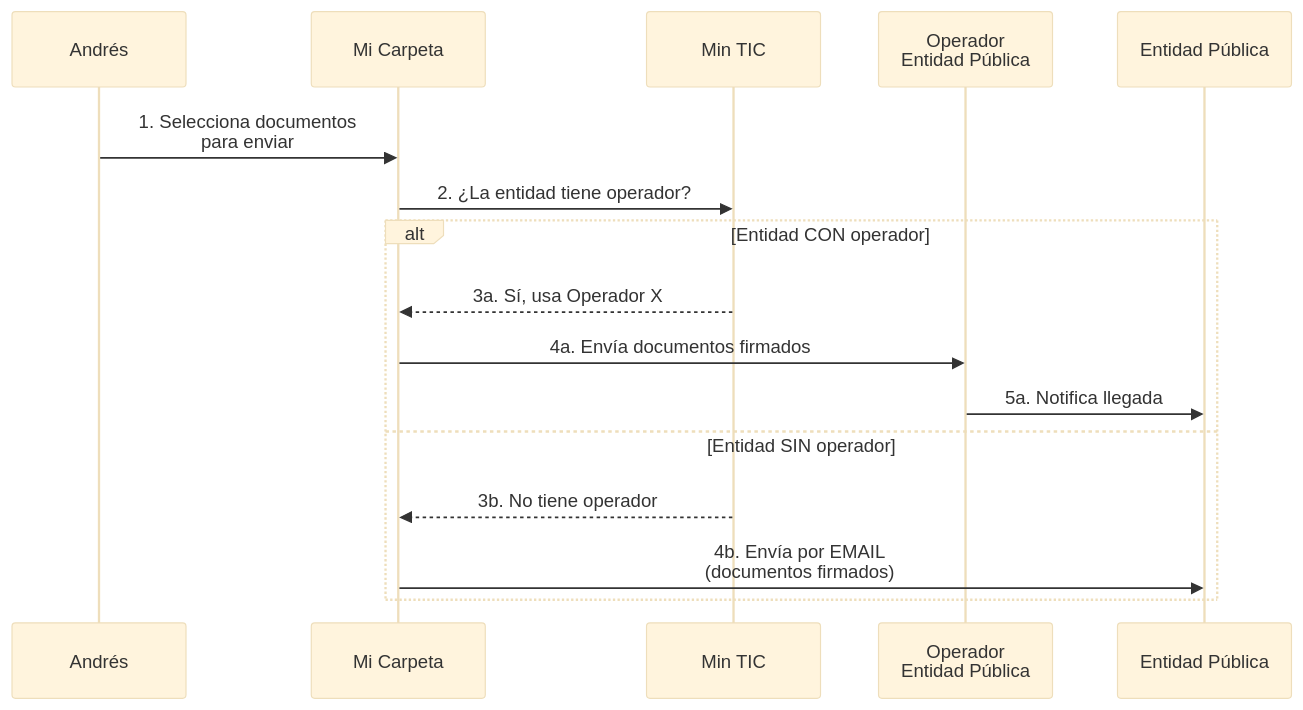
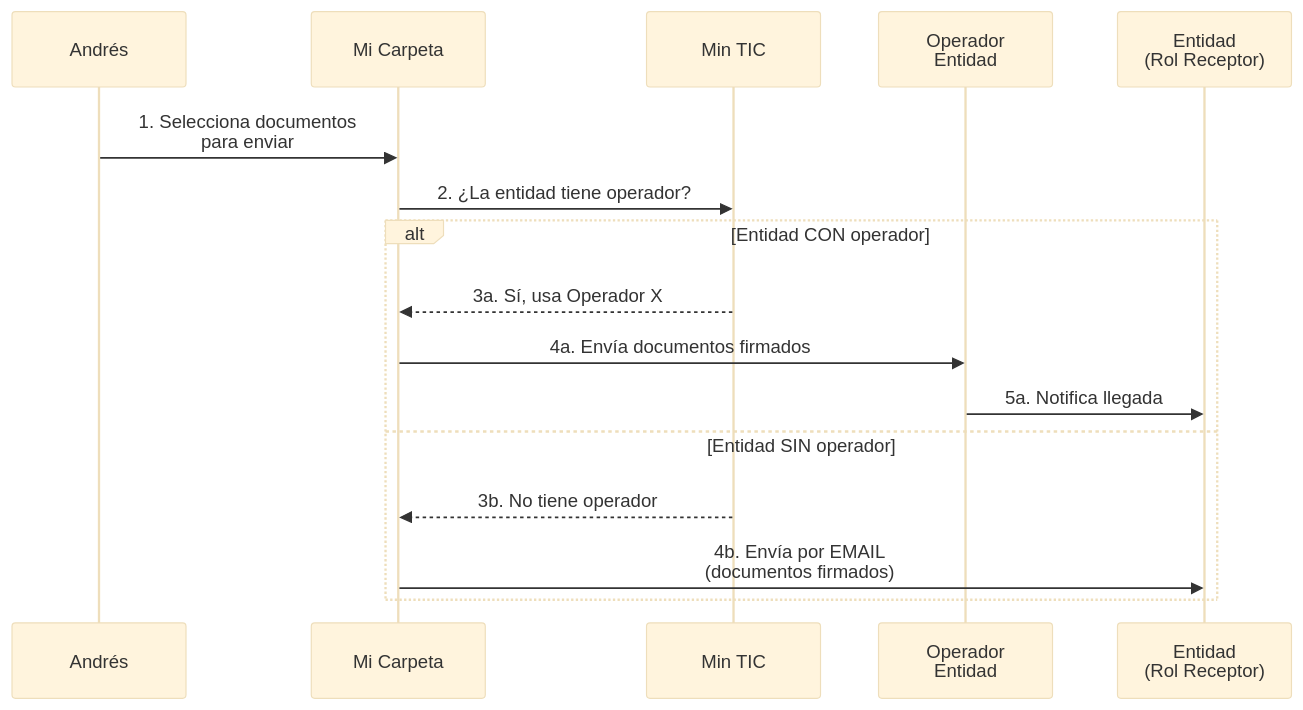
One commit to edwaraco/carpetaCiudadana changed the third of 4 diagrams in docs/informacion_cruda/analisis.md. Above: the diagram before and after it, drawn with Mermaid (base theme). The commit also changed other lines of this file and 5 other files, not shown here.

First line of the commit message:
feat(Architecture): Add diagram drafts for system and container Levels

````diff
--- a/docs/informacion_cruda/analisis.md
+++ b/docs/informacion_cruda/analisis.md
@@ -98,20 +96,20 @@
 ```mermaid
 sequenceDiagram
     participant A as Andrés
     participant MC as Mi Carpeta
     participant MT as Min TIC
-    participant OP as Operador<br/>Entidad Pública
-    participant EP as Entidad Pública
-    
+    participant OP as Operador<br/>Entidad
+    participant EP as Entidad<br/>(Rol Receptor)
+
     A->>MC: 1. Selecciona documentos<br/>para enviar
     MC->>MT: 2. ¿La entidad tiene operador?
-    
+
     alt Entidad CON operador
         MT-->>MC: 3a. Sí, usa Operador X
         MC->>OP: 4a. Envía documentos firmados
         OP->>EP: 5a. Notifica llegada
     else Entidad SIN operador
         MT-->>MC: 3b. No tiene operador
         MC->>EP: 4b. Envía por EMAIL<br/>(documentos firmados)
     end
 ```
````
